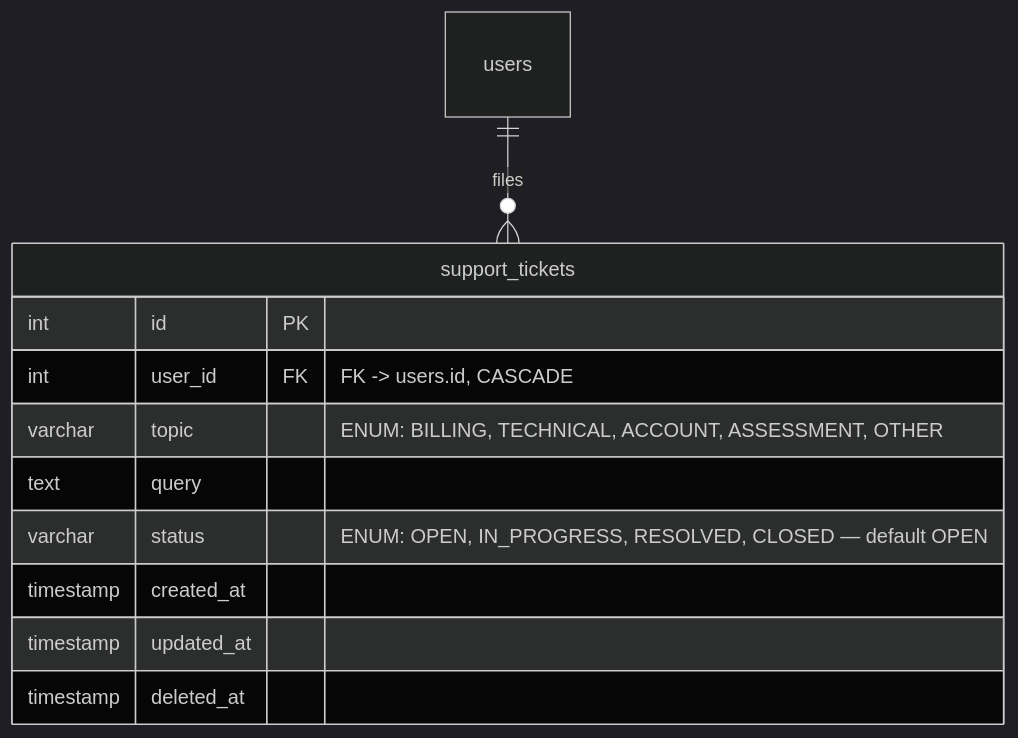
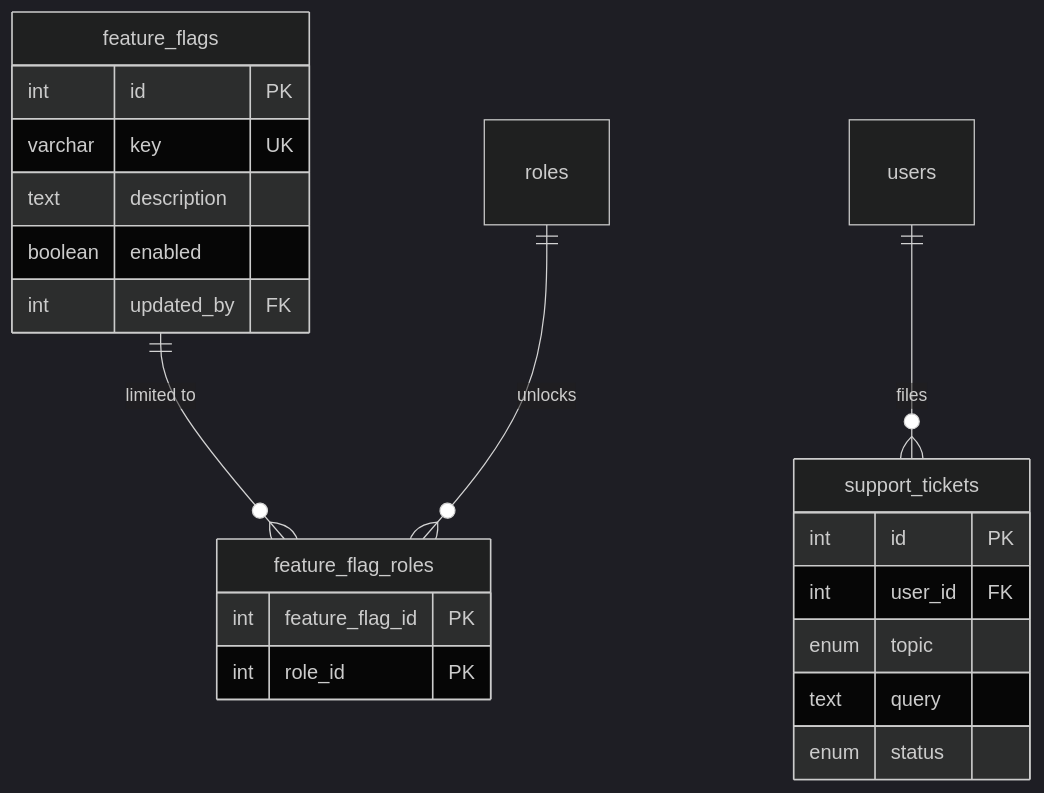
Before and after one commit to sharma-dikshant/TestFlow-Docs: diagram 14 of 14 in docs/erd.md, drawn with Mermaid (dark theme). The commit also changed other lines of this file and 26 other files, not shown here.

````diff
--- a/docs/erd.md
+++ b/docs/erd.md
@@ -447,16 +1504,24 @@
 ```mermaid
 erDiagram
-
+    feature_flags {
+        int id PK
+        varchar key UK
+        text description
+        boolean enabled
+        int updated_by FK
+    }
+    feature_flag_roles {
+        int feature_flag_id PK
+        int role_id PK
+    }
     support_tickets {
         int id PK
-        int user_id FK "FK -> users.id, CASCADE"
-        varchar topic "ENUM: BILLING, TECHNICAL, ACCOUNT, ASSESSMENT, OTHER"
+        int user_id FK
+        enum topic
         text query
-        varchar status "ENUM: OPEN, IN_PROGRESS, RESOLVED, CLOSED — default OPEN"
-        timestamp created_at
-        timestamp updated_at
-        timestamp deleted_at
+        enum status
     }
-
-    users ||--o{ support_tickets : files
+    feature_flags ||--o{ feature_flag_roles : "limited to"
+    roles ||--o{ feature_flag_roles : "unlocks"
+    users ||--o{ support_tickets : "files"
 ```
````
